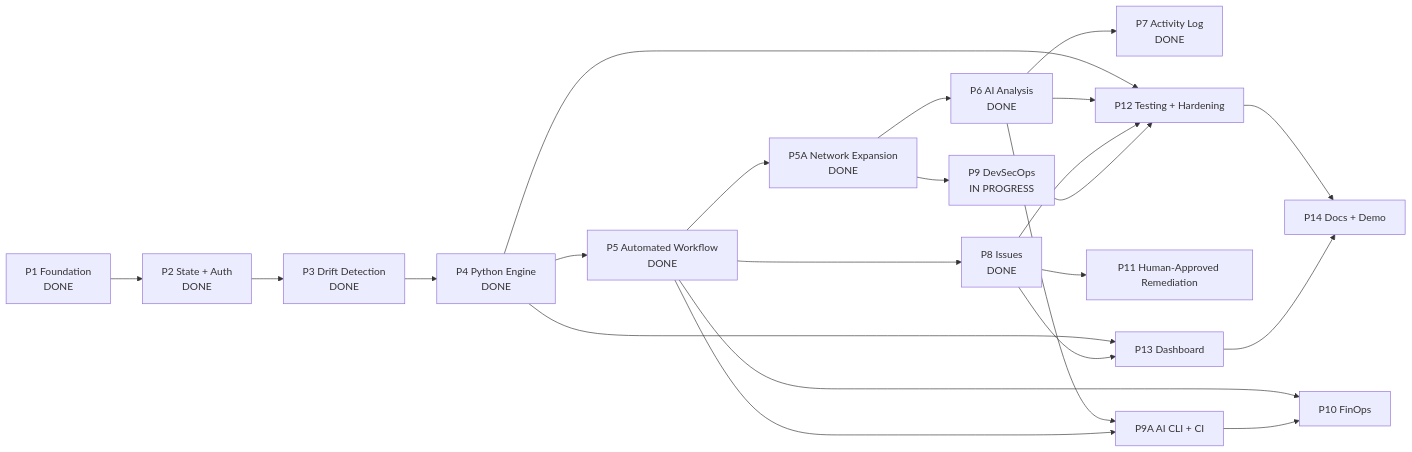
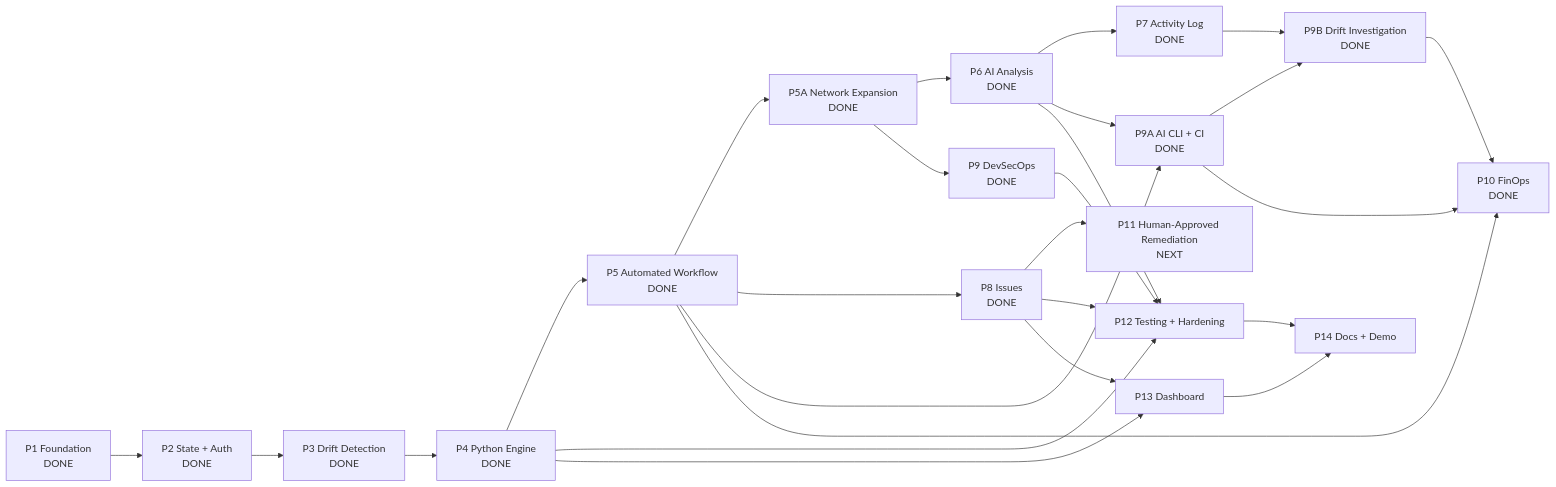
The fourth of 11 diagrams in docs/MASTER_PROJECT_GUIDE.md (HarshAgarwal1102/ai-terraform-drift-detector), drawn with Mermaid before and after one commit. The commit also changed other lines of this file and 4 other files, not shown here.

First line of the commit message:
docs: close Tasks 10.3 and 10.4 and update project roadmap

````diff
--- a/docs/MASTER_PROJECT_GUIDE.md
+++ b/docs/MASTER_PROJECT_GUIDE.md
@@ -390,25 +410,28 @@
 ```mermaid
 flowchart LR
     P1["P1 Foundation<br/>DONE"] --> P2["P2 State + Auth<br/>DONE"]
     P2 --> P3["P3 Drift Detection<br/>DONE"]
     P3 --> P4["P4 Python Engine<br/>DONE"]
     P4 --> P5["P5 Automated Workflow<br/>DONE"]
     P5 --> P5A["P5A Network Expansion<br/>DONE"]
     P5A --> P6["P6 AI Analysis<br/>DONE"]
     P6 --> P7["P7 Activity Log<br/>DONE"]
     P5 --> P8["P8 Issues<br/>DONE"]
-    P5A --> P9["P9 DevSecOps<br/>IN PROGRESS"]
-    P6 --> P9A["P9A AI CLI + CI"]
+    P5A --> P9["P9 DevSecOps<br/>DONE"]
+    P6 --> P9A["P9A AI CLI + CI<br/>DONE"]
     P5 --> P9A
-    P5 --> P10["P10 FinOps"]
+    P7 --> P9B["P9B Drift Investigation<br/>DONE"]
+    P9A --> P9B
+    P5 --> P10["P10 FinOps<br/>DONE"]
     P9A --> P10
-    P8 --> P11["P11 Human-Approved Remediation"]
+    P9B --> P10
+    P8 --> P11["P11 Human-Approved Remediation<br/>NEXT"]
     P4 --> P12["P12 Testing + Hardening"]
     P6 --> P12
     P8 --> P12
     P9 --> P12
     P4 --> P13["P13 Dashboard"]
     P8 --> P13
     P12 --> P14["P14 Docs + Demo"]
     P13 --> P14
 ```
````
